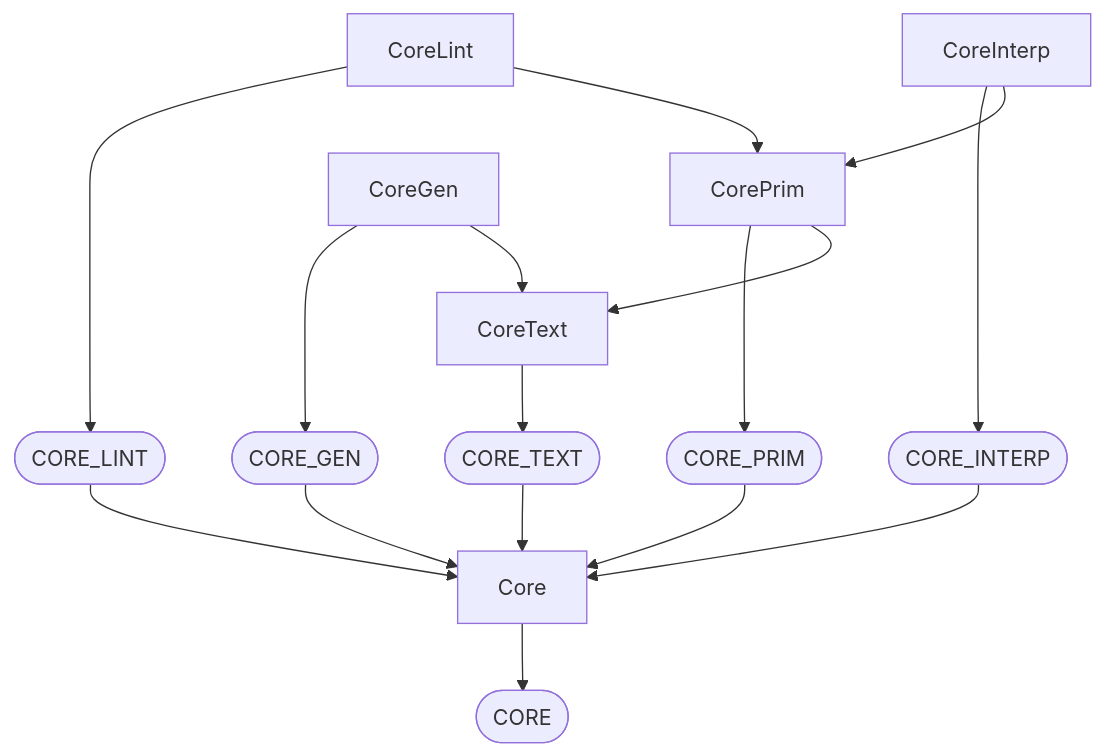
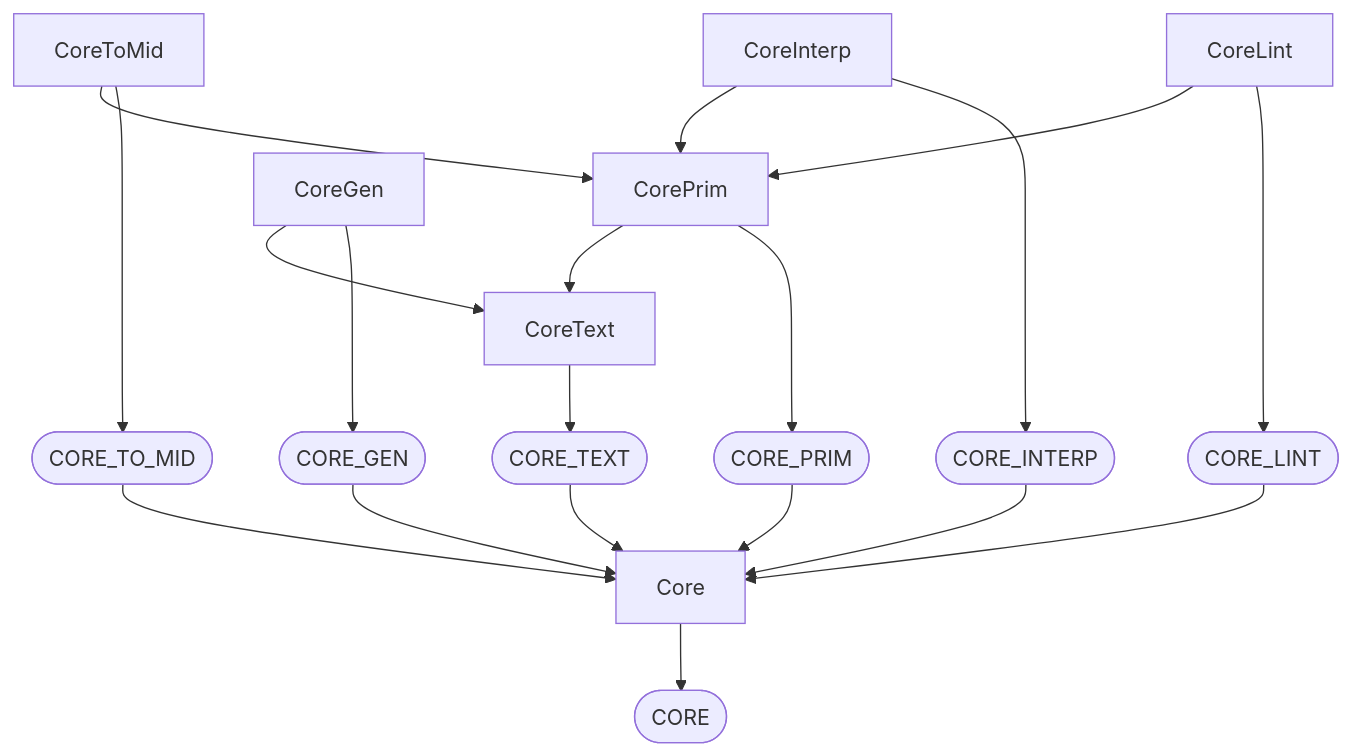
Before and after one commit to ruudkoot/rune: the second of 2 diagrams in docs/lib/language/haskell/depends.md, drawn with Mermaid. The commit also changed other lines of this file and 40 other files, not shown here.

Commit message:
Lower Core to Mid's text and compile it with rhc -o, each run test held to the interpreter on the VMs in nine ways (haskell98 M10)

````diff
--- a/docs/lib/language/haskell/depends.md
+++ b/docs/lib/language/haskell/depends.md
@@ -31,30 +31,35 @@
 ```mermaid
 flowchart TD
   n0(["CORE"])
   n1["Core"]
   n2(["CORE_TEXT"])
   n3["CoreText"]
   n4(["CORE_PRIM"])
   n5["CorePrim"]
   n6(["CORE_LINT"])
   n7["CoreLint"]
   n8(["CORE_INTERP"])
   n9["CoreInterp"]
   n10(["CORE_GEN"])
   n11["CoreGen"]
+  n12(["CORE_TO_MID"])
+  n13["CoreToMid"]
   n1 --> n0
   n2 --> n1
   n3 --> n2
   n4 --> n1
   n5 --> n4
   n5 --> n3
   n6 --> n1
   n7 --> n6
   n7 --> n5
   n8 --> n1
   n9 --> n8
   n9 --> n5
   n10 --> n1
   n11 --> n10
   n11 --> n3
+  n12 --> n1
+  n13 --> n12
+  n13 --> n5
 ```
````
